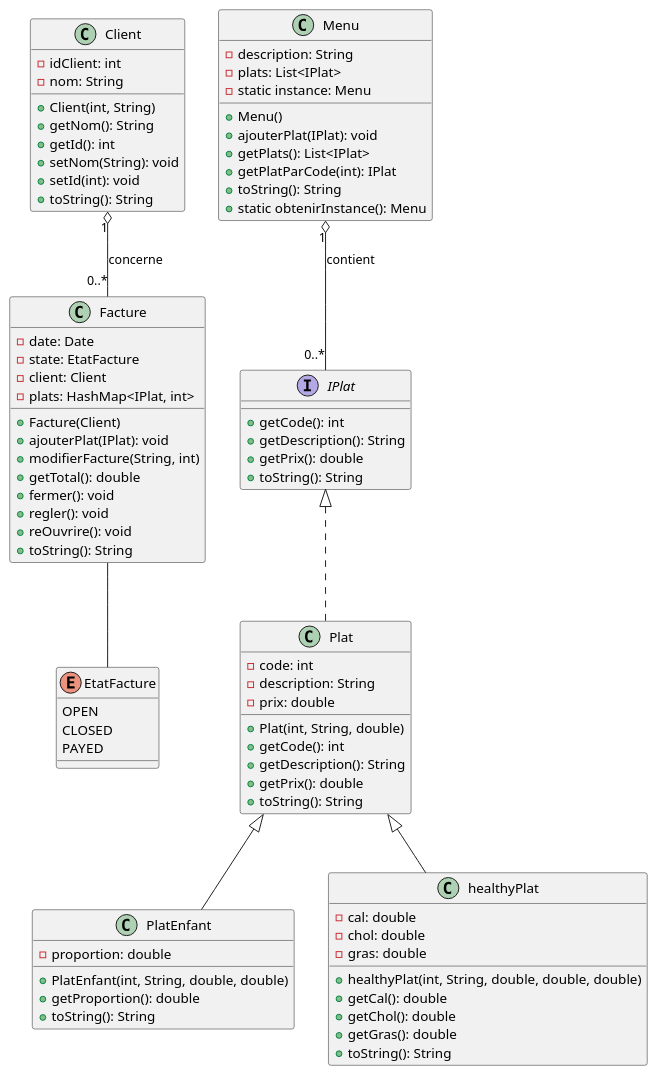
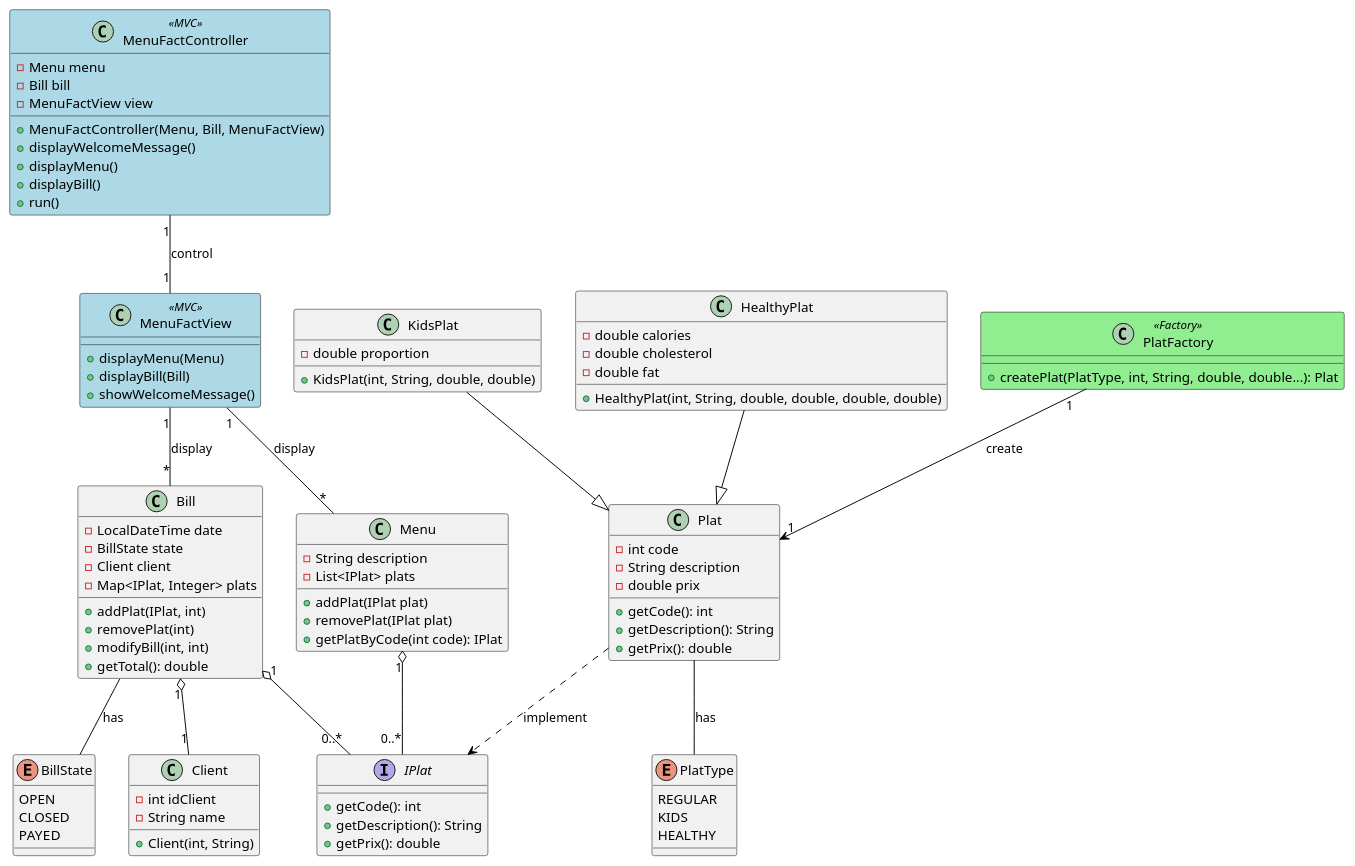
One commit to ElxHadi/S3-GIF350 changed the diagram in diagram-class.plantuml. Above: the diagram before and after it, drawn with PlantUML. The commit also changed 1 other file, not shown here.

Commit message:
add class diagram

```diff
--- a/diagram-class.plantuml
+++ b/diagram-class.plantuml
@@ -1,96 +1,113 @@
-@startuml improved
+@startuml menuFact
 
-' Définition des états de la Facture
-enum EtatFacture {
+skinparam class {
+    BackgroundColor<<MVC>> LightBlue
+    BackgroundColor<<Factory>> LightGreen
+    BorderColor black
+    ArrowColor black
+    ClassFontColor black
+}
+
+' // Controller Class (MVC)
+class MenuFactController <<MVC>> {
+    - Menu menu
+    - Bill bill
+    - MenuFactView view
+    + MenuFactController(Menu, Bill, MenuFactView)
+    + displayWelcomeMessage()
+    + displayMenu()
+    + displayBill()
+    + run()
+}
+
+' // View Class (MVC)
+class MenuFactView <<MVC>> {
+    + displayMenu(Menu)
+    + displayBill(Bill)
+    + showWelcomeMessage()
+}
+
+' // Models
+class Menu {
+    - String description
+    - List<IPlat> plats
+    + addPlat(IPlat plat)
+    + removePlat(IPlat plat)
+    + getPlatByCode(int code): IPlat
+}
+
+class Bill {
+    - LocalDateTime date
+    - BillState state
+    - Client client
+    - Map<IPlat, Integer> plats
+    + addPlat(IPlat, int)
+    + removePlat(int)
+    + modifyBill(int, int)
+    + getTotal(): double
+}
+
+interface IPlat {
+    + getCode(): int
+    + getDescription(): String
+    + getPrix(): double
+}
+
+class Plat {
+    - int code
+    - String description
+    - double prix
+    + getCode(): int
+    + getDescription(): String
+    + getPrix(): double
+}
+
+class KidsPlat {
+    - double proportion
+    + KidsPlat(int, String, double, double)
+}
+
+class HealthyPlat {
+    - double calories
+    - double cholesterol
+    - double fat
+    + HealthyPlat(int, String, double, double, double, double)
+}
+
+class Client {
+    - int idClient
+    - String name
+    + Client(int, String)
+}
+
+enum BillState {
     OPEN
     CLOSED
     PAYED
 }
 
-' Interface pour les Plats
-interface IPlat {
-    +getCode(): int
-    +getDescription(): String
-    +getPrix(): double
-    +toString(): String
+' // Factory Pattern (Factory)
+class PlatFactory <<Factory>> {
+    + createPlat(PlatType, int, String, double, double...): Plat
 }
 
-' Classe Plat implémente IPlat
-class Plat implements IPlat {
-    -code: int
-    -description: String
-    -prix: double
-    +Plat(int, String, double)
-    +getCode(): int
-    +getDescription(): String
-    +getPrix(): double
-    +toString(): String
-} 
-
-' Classe PlatEnfant hérite de Plat
-class PlatEnfant extends Plat {
-    -proportion: double
-    +PlatEnfant(int, String, double, double)
-    +getProportion(): double
-    +toString(): String
+enum PlatType {
+    REGULAR
+    KIDS
+    HEALTHY
 }
 
-' Classe healthyPlat hérite de Plat
-class healthyPlat extends Plat {
-    -cal: double
-    -chol: double
-    -gras: double
-    +healthyPlat(int, String, double, double, double)
-    +getCal(): double
-    +getChol(): double
-    +getGras(): double
-    +toString(): String
-}
-
-' Classe Menu avec Singleton
-class Menu {
-    - description: String
-    - plats: List<IPlat>
-    - static instance: Menu
-    +Menu()
-    +ajouterPlat(IPlat): void
-    +getPlats(): List<IPlat>
-    +getPlatParCode(int): IPlat
-    +toString(): String
-    +static obtenirInstance(): Menu
-}
-
-' Classe Client
-class Client {
-    -idClient: int
-    -nom: String
-    +Client(int, String)
-    +getNom(): String
-    +getId(): int
-    +setNom(String): void
-    +setId(int): void
-    +toString(): String
-}
-
-' Classe Facture
-class Facture {
-    -date: Date
-    -state: EtatFacture
-    -client: Client
-    -plats: HashMap<IPlat, int>
-    +Facture(Client)
-    +ajouterPlat(IPlat): void
-    +modifierFacture(String, int)
-    +getTotal(): double
-    +fermer(): void
-    +regler(): void
-    +reOuvrire(): void
-    +toString(): String
-}
-
-' Associations
-Menu "1" o-- "0..*" IPlat : contient
-Client "1" o-- "0..*" Facture : concerne
-Facture  --  EtatFacture
-
+' Associations and cardinalities
+MenuFactController "1" -- "1" MenuFactView : "control"
+MenuFactView "1" -- "*" Menu : "display"
+MenuFactView "1" -- "*" Bill : "display"
+Menu "1" o-- "0..*" IPlat
+Plat ..> IPlat: "implement"
+Bill "1" o-- "0..*" IPlat
+Bill "1" o-- "1" Client
+PlatFactory "1" --> "1" Plat : "create"
+KidsPlat --|> Plat
+HealthyPlat --|> Plat
+Bill -- BillState : "has"
+Plat -- PlatType : "has"
 @enduml
```
